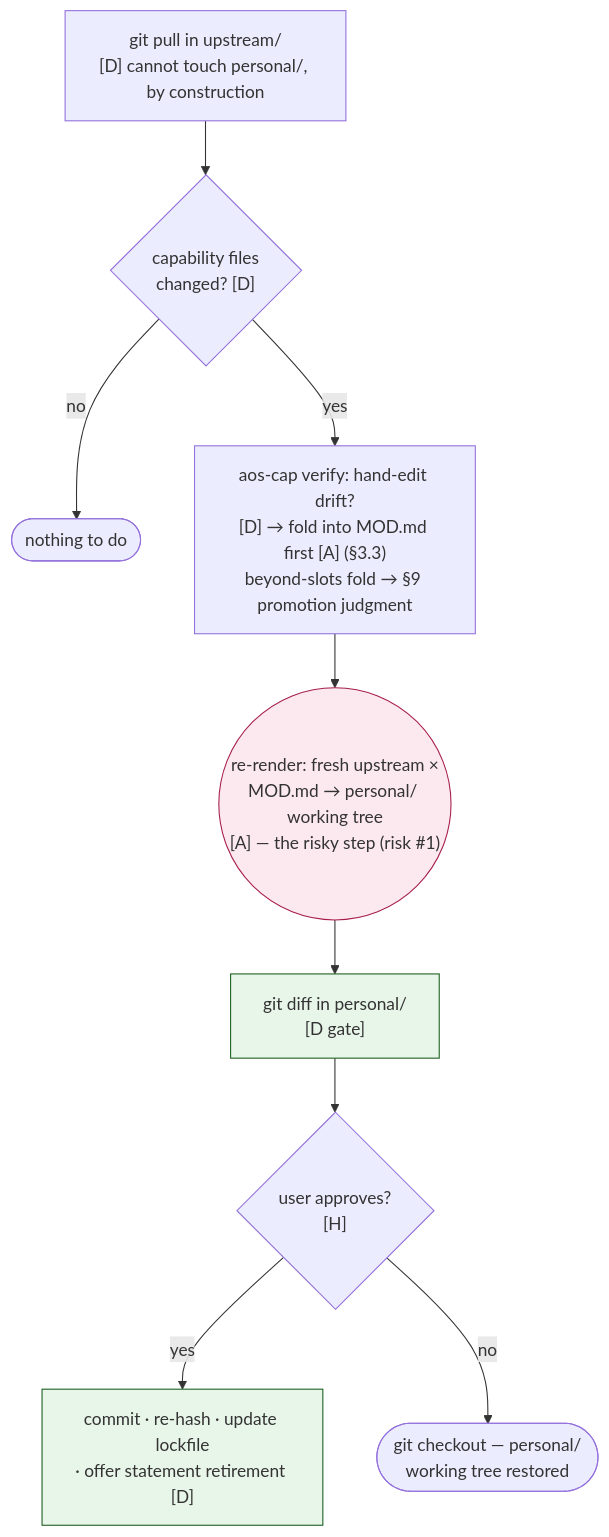
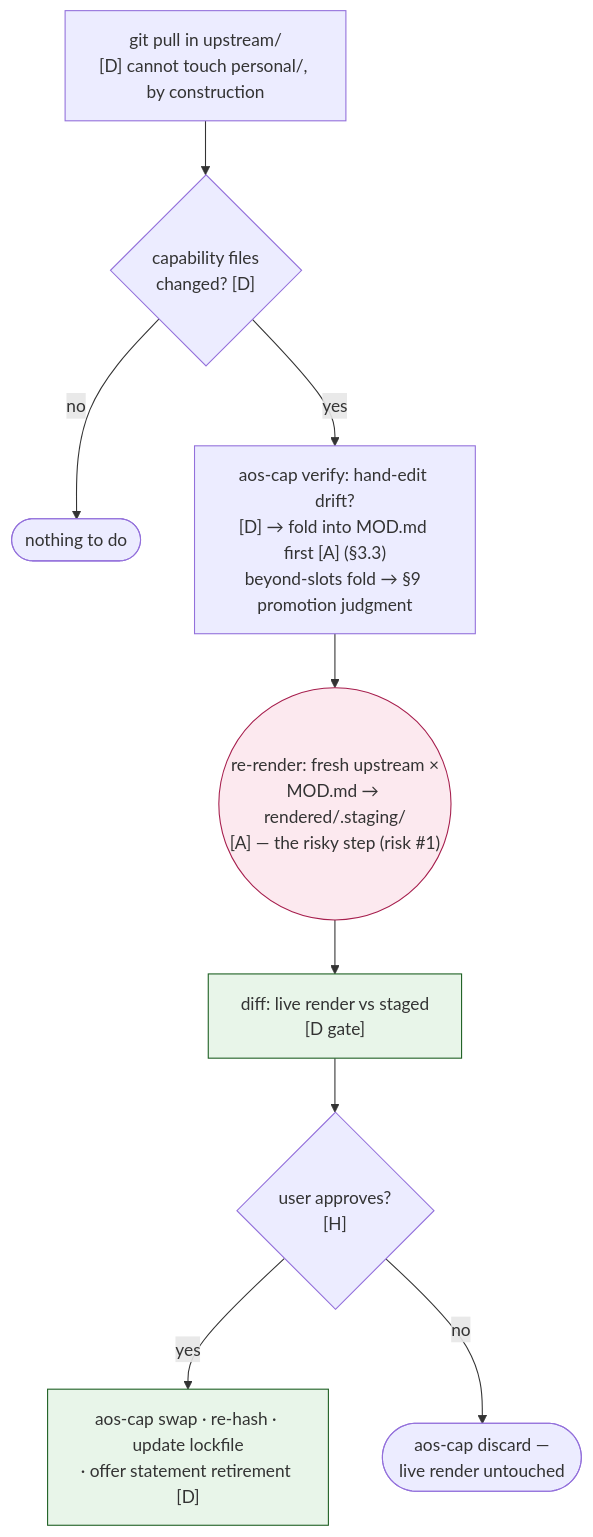
One commit to AlmogBaku/aos changed the second of 2 diagrams in design/install-flow.md. Above: the diagram before and after it, drawn with Mermaid. The commit also changed other lines of this file and 4 other files, not shown here.

First line of the commit message:
spec: renders live in machine-local rendered/, gated live-vs-staged

````diff
--- a/design/install-flow.md
+++ b/design/install-flow.md
@@ -63,15 +63,15 @@
 ```mermaid
 flowchart TB
     A["git pull in upstream/<br/>[D] cannot touch personal/, by construction"] --> B{"capability files<br/>changed? [D]"}
     B -->|no| Z(["nothing to do"])
     B -->|yes| V["aos-cap verify: hand-edit drift?<br/>[D] → fold into MOD.md first [A] (§3.3)<br/>beyond-slots fold → §9 promotion judgment"]
-    V --> M(("re-render: fresh upstream ×<br/>MOD.md → personal/ working tree<br/>[A] — the risky step (risk #1)"))
-    M --> D["git diff in personal/<br/>[D gate]"]
+    V --> M(("re-render: fresh upstream ×<br/>MOD.md → rendered/.staging/<br/>[A] — the risky step (risk #1)"))
+    M --> D["diff: live render vs staged<br/>[D gate]"]
     D --> Q{"user approves?<br/>[H]"}
-    Q -->|yes| W["commit · re-hash · update lockfile<br/>· offer statement retirement [D]"]
-    Q -->|no| K(["git checkout — personal/<br/>working tree restored"])
+    Q -->|yes| W["aos-cap swap · re-hash · update lockfile<br/>· offer statement retirement [D]"]
+    Q -->|no| K(["aos-cap discard —<br/>live render untouched"])
 
     style M fill:#FCE9EF,stroke:#A61E4D
     style D fill:#E8F5E9,stroke:#1B5E20
     style W fill:#E8F5E9,stroke:#1B5E20
 ```
````
